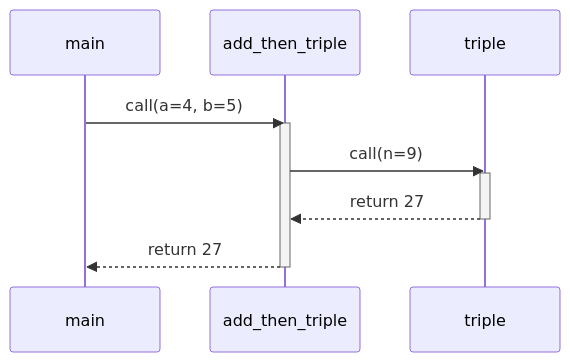
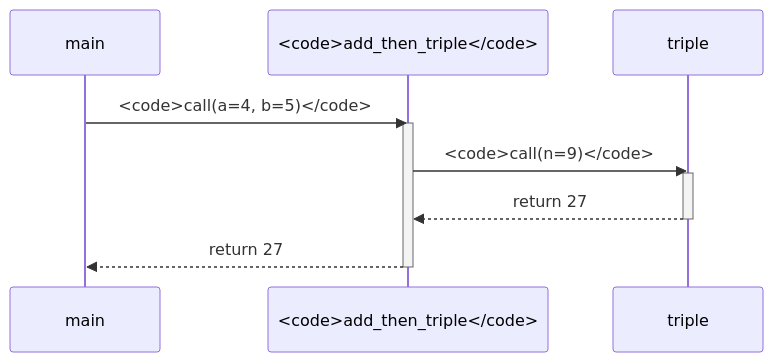
One commit to dataslope/dataslope changed the second of 2 diagrams in content/courses/from-zero-to-cpp/the-call-stack.mdx. Above: the diagram before and after it, drawn with Mermaid. The commit also changed 65 other files, not shown here.

First line of the commit message:
Set code in every mermaid label in the mono face

````diff
--- a/content/courses/from-zero-to-cpp/the-call-stack.mdx
+++ b/content/courses/from-zero-to-cpp/the-call-stack.mdx
@@ -139,14 +139,14 @@
 ```mermaid
 sequenceDiagram
     participant M as main
-    participant A as add_then_triple
+    participant A as <code>add_then_triple</code>
     participant T as triple
-    M->>A: call(a=4, b=5)
+    M->>A: <code>call(a=4, b=5)</code>
     activate A
-    A->>T: call(n=9)
+    A->>T: <code>call(n=9)</code>
     activate T
     T-->>A: return 27
     deactivate T
     A-->>M: return 27
     deactivate A
 ```
````
